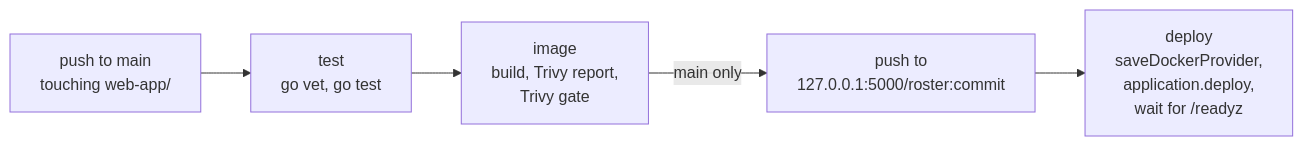
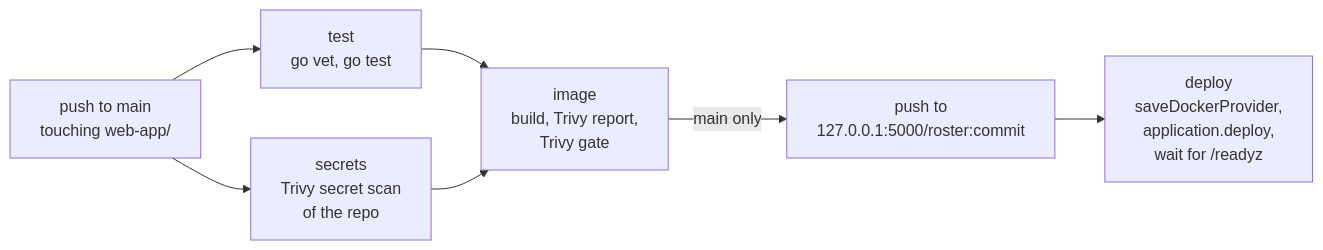
Before and after one commit to sammosios/dd2482-project: the fourth of 4 diagrams in ARCHITECTURE.md, drawn with Mermaid. The commit also changed other lines of this file and 3 other files, not shown here.

Commit message:
ci: updates secret-scan.yml

````diff
--- a/ARCHITECTURE.md
+++ b/ARCHITECTURE.md
@@ -332,7 +332,9 @@
 ```mermaid
 flowchart LR
   push[push to main<br/>touching web-app/] --> test[test<br/>go vet, go test]
-  test --> image[image<br/>build, Trivy report,<br/>Trivy gate]
+  push --> secrets[secrets<br/>Trivy secret scan<br/>of the repo]
+  test --> image
+  secrets --> image[image<br/>build, Trivy report,<br/>Trivy gate]
   image -->|main only| pushimg[push to<br/>127.0.0.1:5000/roster:commit]
   pushimg --> deploy[deploy<br/>saveDockerProvider,<br/>application.deploy,<br/>wait for /readyz]
 ```
````
